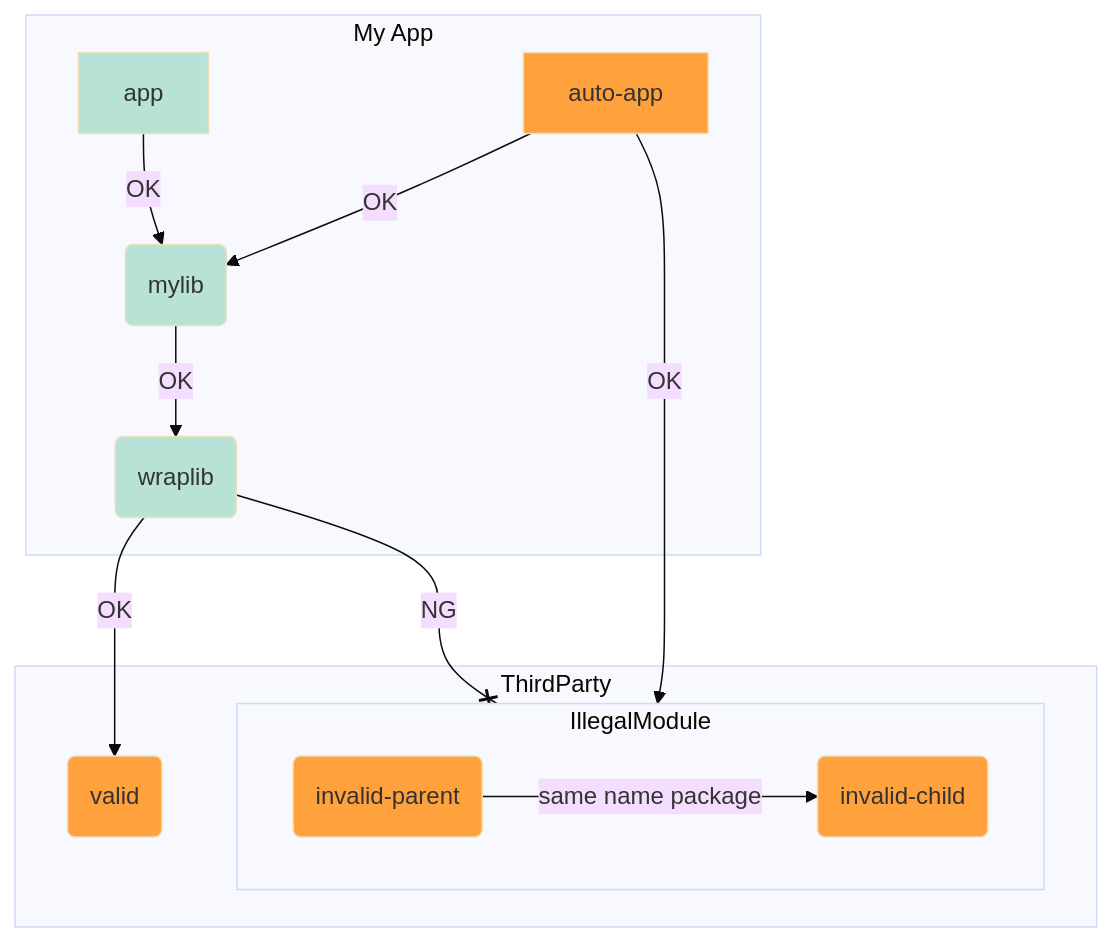
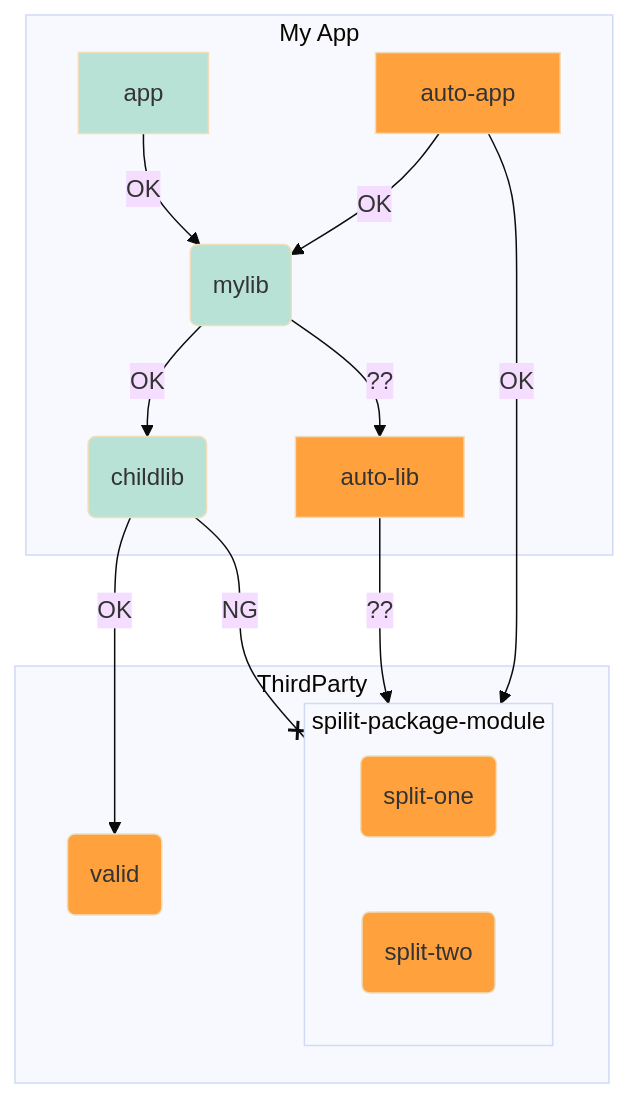
Before and after one commit to usadamasa/hello-java-module: the second of 2 diagrams in README.md, drawn with Mermaid. The commit also changed 24 other files, not shown here.

Commit message:
add self split package module

````diff
--- a/README.md
+++ b/README.md
@@ -18,35 +18,38 @@
 ```mermaid
 ---
 config:
   theme: base
 ---
 graph TD;
     classDef namedModule fill:#7BCCAC,fill-opacity:0.5
     classDef autoModule  fill:#ffa23e
 
     subgraph "My App"
         myapp[app]:::namedModule
         mylib(mylib):::namedModule
-        wraplib(wraplib):::namedModule
+        childlib(childlib):::namedModule
         autoapp[auto-app]:::autoModule
-    end 
+        autolib[auto-lib]:::autoModule
+    end
 
     subgraph "ThirdParty"
         valid(valid):::autoModule
         
-        subgraph "IllegalModule"
-            split-parent(invalid-parent):::autoModule
-            split-child(invalid-child):::autoModule
+        subgraph "spilit-package-module"
+            split-one(split-one):::autoModule
+            split-two(split-two):::autoModule
         end
     end
 
     myapp --OK--> mylib;
-    mylib --OK--> wraplib;
-    wraplib --OK--> valid;
-    wraplib --NG--x IllegalModule;
+    mylib --OK--> childlib;
+    mylib --??--> autolib;
+
+    childlib --OK--> valid;
+    childlib --NG--x spilit-package-module;
 
     autoapp --OK--> mylib;
-    autoapp --OK--> IllegalModule;
+    autoapp --OK--> spilit-package-module;
 
-    split-parent --same name package--> split-child;
+    autolib --??--> spilit-package-module;
 ```
````
